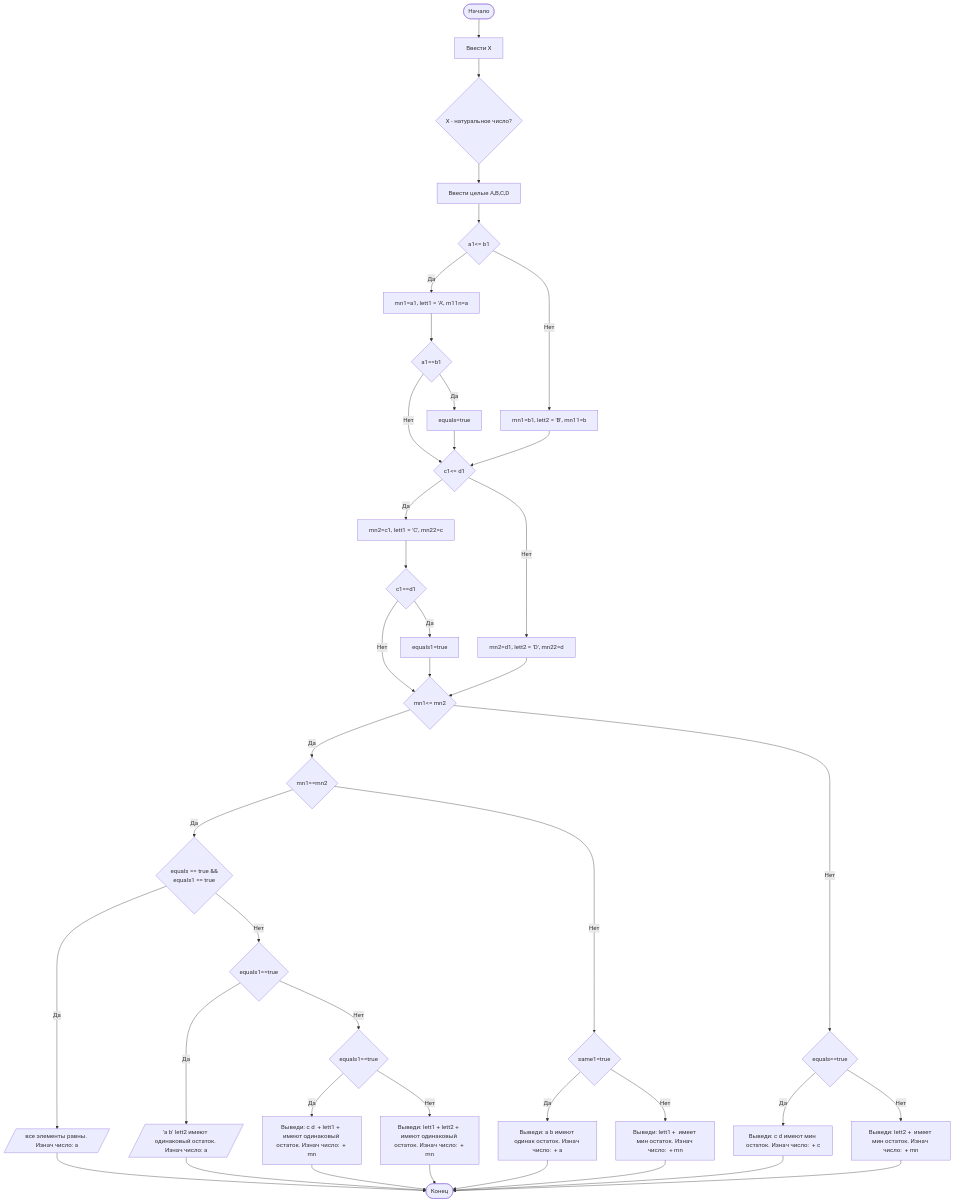
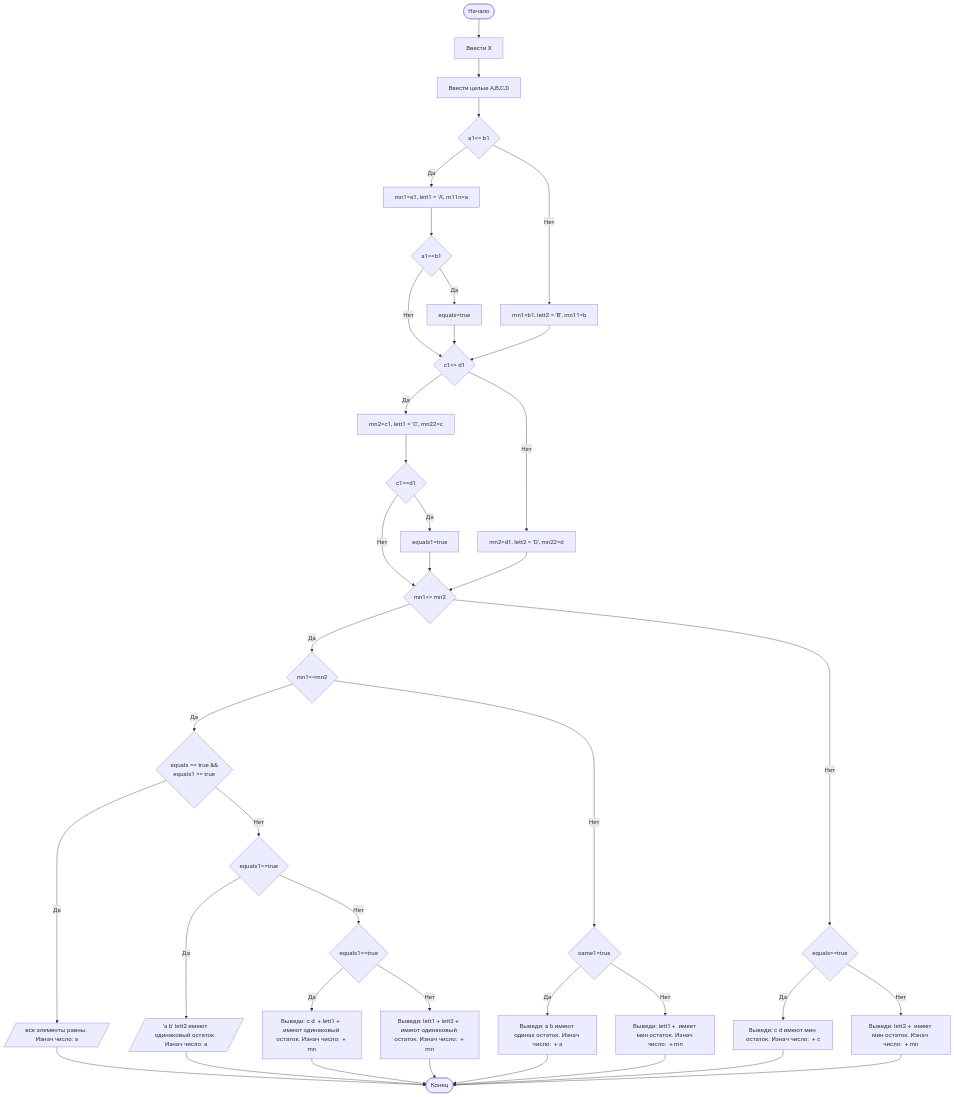
One commit to vadimrahma123/Lab1 changed the diagram in README.md. Above: the diagram before and after it, drawn with Mermaid.

````diff
--- a/README.md
+++ b/README.md
@@ -96,43 +96,42 @@
 ```mermaid
 graph TD
  A([Начало]) --> B[Ввести X]
- B --> C{X - натуральное число?}
- C --> D[Ввести целые A,B,C,D]
+ B --> D[Ввести целые A,B,C,D]
  D --> F{a1<= b1}
  F -- "Да" --> F3[mn1=a1,  lett1 = 'A', m11n=a]
  F -- "Нет" --> F4[mn1=b1, lett2 = 'B', mn11=b]
  F3 --> F1{a1==b1}
  F1 -- "Да" --> F2[equals=true]
  F1 -- "Нет" --> G{с1<= d1}
  F2 --> G
  F4 --> G
  G -- "Да" --> G3[mn2=c1, lett1 = 'C', mn22=c]
  G -- "Нет" --> G4[mn2=d1, lett2 = 'D', mn22=d]
  G3 --> G1{c1==d1}
  G1 -- "Да" --> G2[equals1=true]
  G1 -- "Нет" --> K{mn1<= mn2}
  G2 --> K
  G4 --> K
  K -- "Да" --> K1{mn1==mn2}
  K1 -- "Да" --> K2{equals == true && </br> equals1 == true}
  K2 -- "Да" --> P1[/все элементы равны. Изнач число: a/]
  K2 -- "Нет" --> K4{equals1==true}
  K4 -- "Да" --> P2[/'a b' lett2 имеют одинаковый остаток. Изнач число: a/]
  K4 -- "Нет" --> K5{equals1==true}
  K5 -- "Да" --> P3[Выведи: c d  + lett1 +  имеют одинаковый остаток. Изнач число:  + mn]
  K5 -- "Нет" --> P4[Выведи: lett1 + lett2 +  имеют одинаковый остаток. Изнач число:  + mn]
  K1 -- "Нет" --> K7{same1=true}
  K7 -- "Да" --> P7[Выведи: a b имеют одинак остаток. Изнач число:  + a]
  K7 -- "Нет" --> P8[Выведи: lett1 +  имеет мин остаток. Изнач число:  + mn]
  K -- "Нет" --> K9{equals==true}
  K9 -- "Да" --> P9[Выведи: c d имеют мин остаток. Изнач число:  + c]
  K9 -- "Нет" --> P10[Выведи: lett2 +  имеет мин остаток. Изнач число:  + mn]
  P1 --> Z([Конец])
  P2 --> Z
  P3 --> Z
  P4 --> Z
  P7 --> Z
  P8 --> Z
  P9 --> Z
  P10 --> Z
 ```
````
